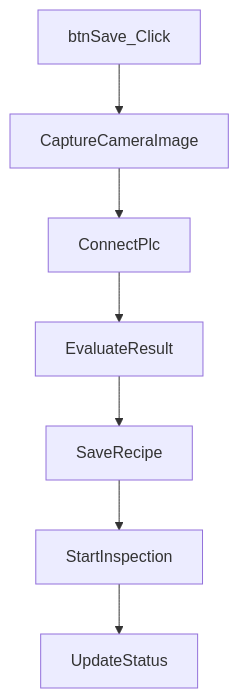
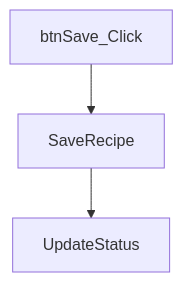
The second of 2 diagrams in dotnet-gui-handover-skills/examples/vbnet-large-file-doc-test/docs/chunks/event_flows/0001_btnSave.Click_btnSave_Click.md (SakiKiaya/skills), drawn with Mermaid before and after one commit. The commit also changed other lines of this file and 280 other files, not shown here.

Commit message:
Refactor MainForm event documentation: update btnStart_Click and btnSave_Click methods, add maintenance notes and risk assessment

````diff
--- a/dotnet-gui-handover-skills/examples/vbnet-large-file-doc-test/docs/chunks/event_flows/0001_btnSave.Click_btnSave_Click.md
+++ b/dotnet-gui-handover-skills/examples/vbnet-large-file-doc-test/docs/chunks/event_flows/0001_btnSave.Click_btnSave_Click.md
@@ -41,10 +33,6 @@
 ```mermaid
 flowchart TD
   N0["btnSave_Click"]
-  N0 --> N1["CaptureCameraImage"]
-  N1 --> N2["ConnectPlc"]
-  N2 --> N3["EvaluateResult"]
-  N3 --> N4["SaveRecipe"]
-  N4 --> N5["StartInspection"]
-  N5 --> N6["UpdateStatus"]
+  N0 --> N1["SaveRecipe"]
+  N1 --> N2["UpdateStatus"]
 ```
````
